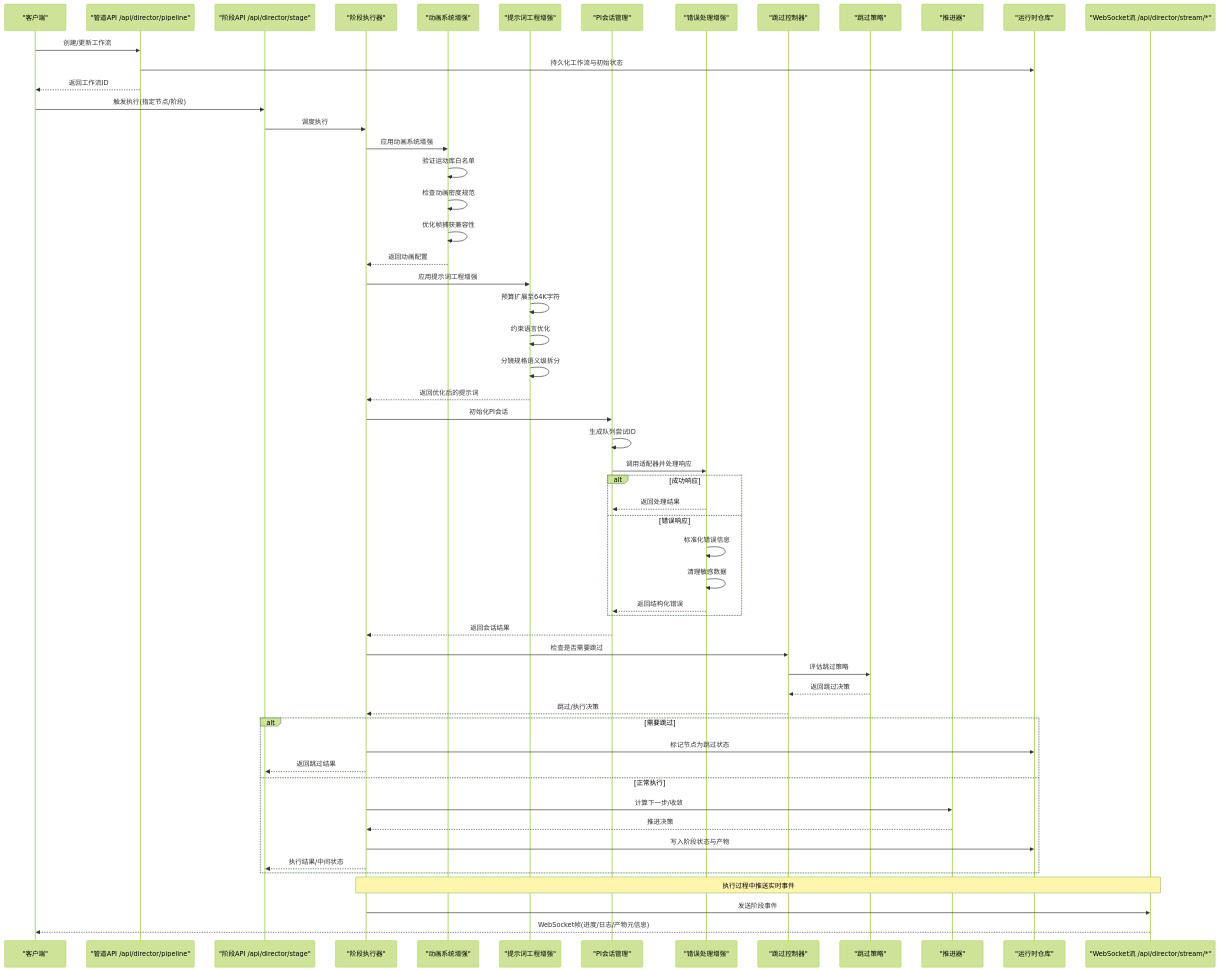
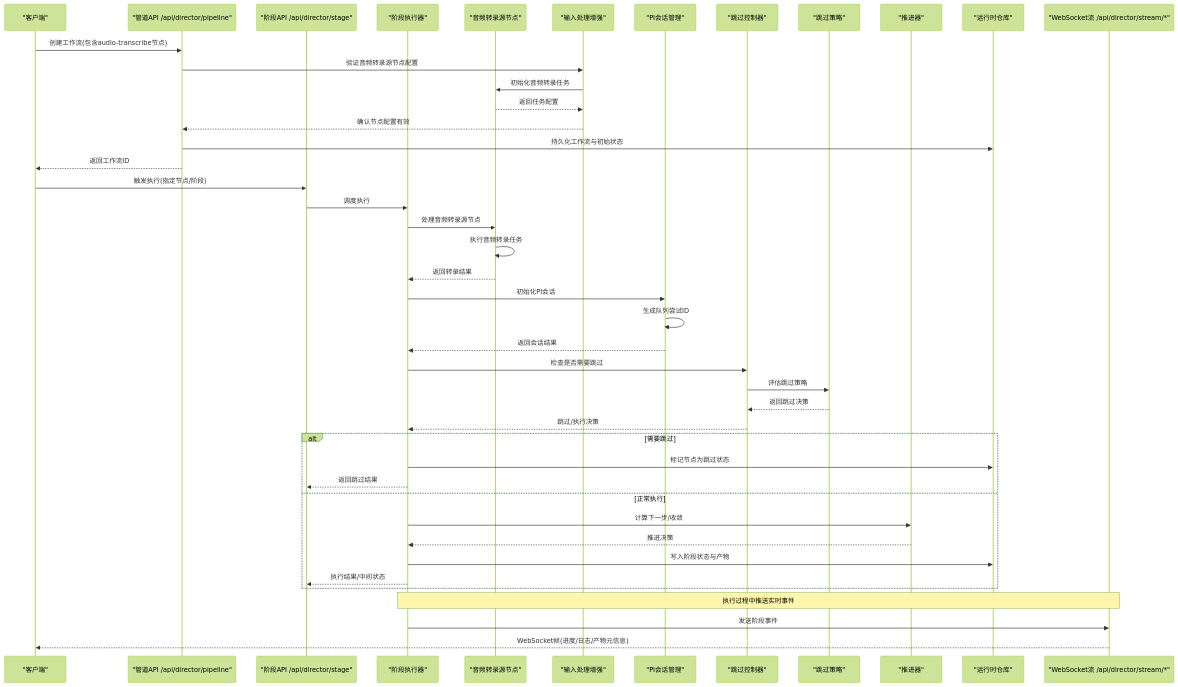
The second of 8 diagrams in .qoder/repowiki/zh/content/API参考/导演系统API/导演系统API.md (scottcwy/PurpleInk), drawn with Mermaid (forest theme) before and after one commit. The commit also changed other lines of this file and 29 other files, not shown here.

````diff
--- a/.qoder/repowiki/zh/content/API参考/导演系统API/导演系统API.md
+++ b/.qoder/repowiki/zh/content/API参考/导演系统API/导演系统API.md
@@ -150,58 +151,46 @@
 ```mermaid
 sequenceDiagram
 participant C as "客户端"
 participant P as "管道API /api/director/pipeline"
 participant S as "阶段API /api/director/stage"
 participant R as "阶段执行器"
-participant AS as "动画系统增强"
-participant PE as "提示词工程增强"
+participant AT as "音频转录源节点"
+participant IP as "输入处理增强"
 participant PS as "PI会话管理"
-participant E as "错误处理增强"
 participant SK as "跳过控制器"
 participant SP as "跳过策略"
 participant A as "推进器"
 participant D as "运行时仓库"
 participant W as "WebSocket流 /api/director/stream/*"
-C->>P : 创建/更新工作流
+C->>P : 创建工作流(包含audio-transcribe节点)
+P->>IP : 验证音频转录源节点配置
+IP->>AT : 初始化音频转录任务
+AT-->>IP : 返回任务配置
+IP-->>P : 确认节点配置有效
 P->>D : 持久化工作流与初始状态
 P-->>C : 返回工作流ID
 C->>S : 触发执行(指定节点/阶段)
 S->>R : 调度执行
-R->>AS : 应用动画系统增强
-AS->>AS : 验证运动库白名单
-AS->>AS : 检查动画密度规范
-AS->>AS : 优化帧捕获兼容性
-AS-->>R : 返回动画配置
-R->>PE : 应用提示词工程增强
-PE->>PE : 预算扩展至64K字符
-PE->>PE : 约束语言优化
-PE->>PE : 分镜规格语义级拆分
-PE-->>R : 返回优化后的提示词
+R->>AT : 处理音频转录源节点
+AT->>AT : 执行音频转录任务
+AT-->>R : 返回转录结果
 R->>PS : 初始化PI会话
 PS->>PS : 生成队列尝试ID
-PS->>E : 调用适配器并处理响应
-alt 成功响应
-E-->>PS : 返回处理结果
-else 错误响应
-E->>E : 标准化错误信息
-E->>E : 清理敏感数据
-E-->>PS : 返回结构化错误
-end
 PS-->>R : 返回会话结果
 R->>SK : 检查是否需要跳过
 SK->>SP : 评估跳过策略
 SP-->>SK : 返回跳过决策
 SK-->>R : 跳过/执行决策
 alt 需要跳过
 R->>D : 标记节点为跳过状态
 R-->>S : 返回跳过结果
 else 正常执行
 R->>A : 计算下一步/收敛
 A-->>R : 推进决策
 R->>D : 写入阶段状态与产物
 R-->>S : 执行结果/中间状态
 end
 Note over R,W : 执行过程中推送实时事件
 R->>W : 发送阶段事件
 W-->>C : WebSocket帧(进度/日志/产物元信息)
 ```
````
